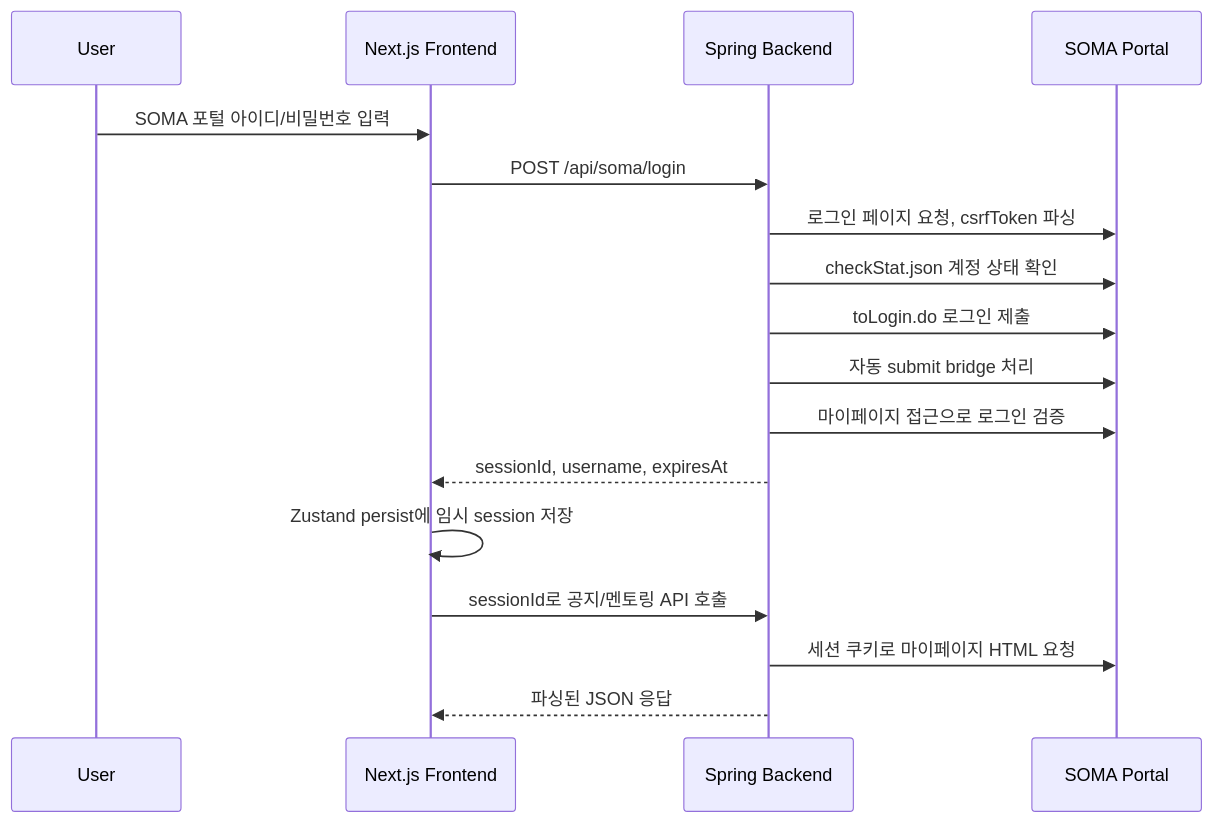
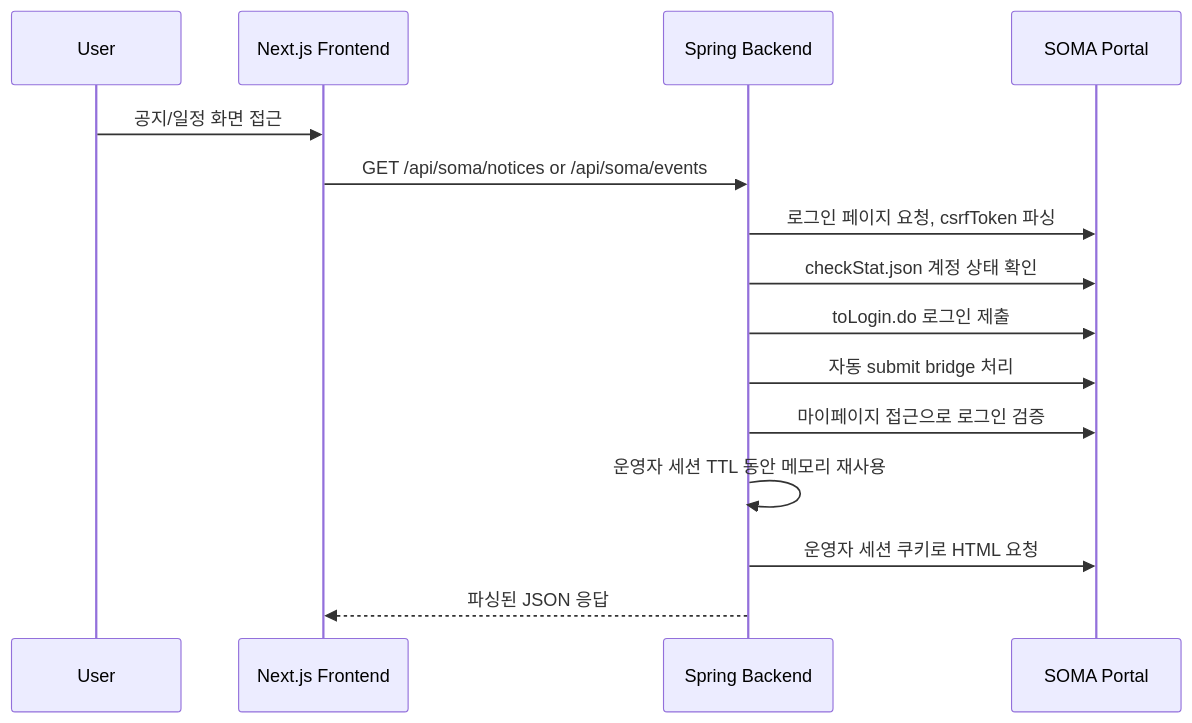
The diagram in docs/features/soma-portal.md (swm-moss/SomaBiseo), drawn with Mermaid before and after one commit. The commit also changed other lines of this file and 23 other files, not shown here.

````diff
--- a/docs/features/soma-portal.md
+++ b/docs/features/soma-portal.md
@@ -27,20 +28,18 @@
 ```mermaid
 sequenceDiagram
   participant User as User
   participant FE as Next.js Frontend
   participant BE as Spring Backend
   participant SOMA as SOMA Portal
 
-  User->>FE: SOMA 포털 아이디/비밀번호 입력
-  FE->>BE: POST /api/soma/login
+  User->>FE: 공지/일정 화면 접근
+  FE->>BE: GET /api/soma/notices or /api/soma/events
   BE->>SOMA: 로그인 페이지 요청, csrfToken 파싱
   BE->>SOMA: checkStat.json 계정 상태 확인
   BE->>SOMA: toLogin.do 로그인 제출
   BE->>SOMA: 자동 submit bridge 처리
   BE->>SOMA: 마이페이지 접근으로 로그인 검증
-  BE-->>FE: sessionId, username, expiresAt
-  FE->>FE: Zustand persist에 임시 session 저장
-  FE->>BE: sessionId로 공지/멘토링 API 호출
-  BE->>SOMA: 세션 쿠키로 마이페이지 HTML 요청
+  BE->>BE: 운영자 세션 TTL 동안 메모리 재사용
+  BE->>SOMA: 운영자 세션 쿠키로 HTML 요청
   BE-->>FE: 파싱된 JSON 응답
 ```
````
